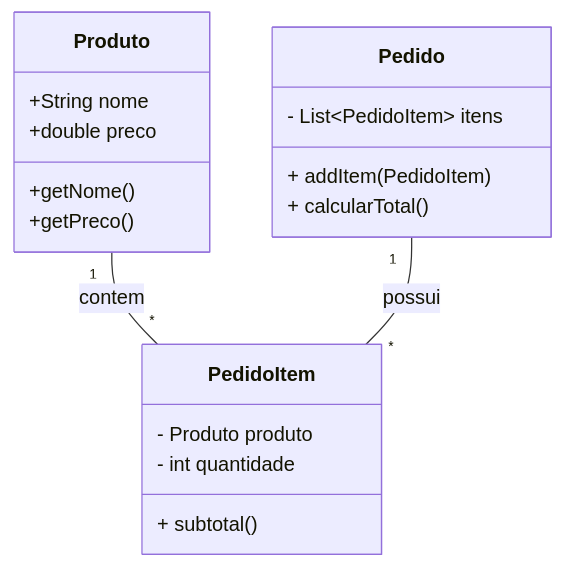
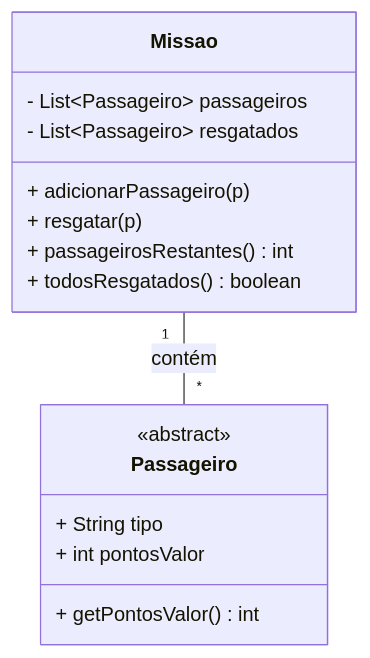
The first of 2 diagrams in missaoMarteUnifor/grasp/apostilas-grasp/info-expert.md (ProfBezerra/T200-ProjArqSist), drawn with Mermaid before and after one commit. The commit also changed other lines of this file and 10 other files, not shown here.

````diff
--- a/missaoMarteUnifor/grasp/apostilas-grasp/info-expert.md
+++ b/missaoMarteUnifor/grasp/apostilas-grasp/info-expert.md
@@ -35,24 +35,20 @@
 ```mermaid
 classDiagram
-  class Produto {
-    +String nome
-    +double preco
-    +getNome()
-    +getPreco()
+  class Passageiro {
+    <<abstract>>
+    + String tipo
+    + int pontosValor
+    + getPontosValor() int
   }
 
-  class PedidoItem {
-    - Produto produto
-    - int quantidade
-    + subtotal()
+  class Missao {
+    - List~Passageiro~ passageiros
+    - List~Passageiro~ resgatados
+    + adicionarPassageiro(p)
+    + resgatar(p)
+    + passageirosRestantes() int
+    + todosResgatados() boolean
   }
 
-  class Pedido {
-    - List~PedidoItem~ itens
-    + addItem(PedidoItem)
-    + calcularTotal()
-  }
-
-  Produto "1" -- "*" PedidoItem : contem
-  Pedido "1" -- "*" PedidoItem : possui
+  Missao "1" -- "*" Passageiro : contém
 ```
````
